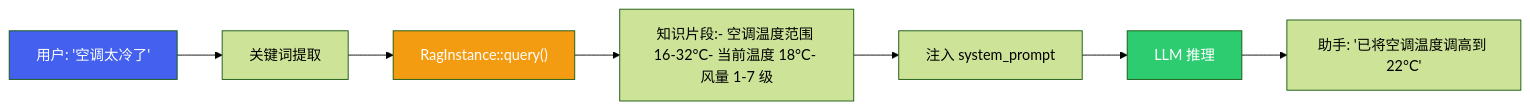
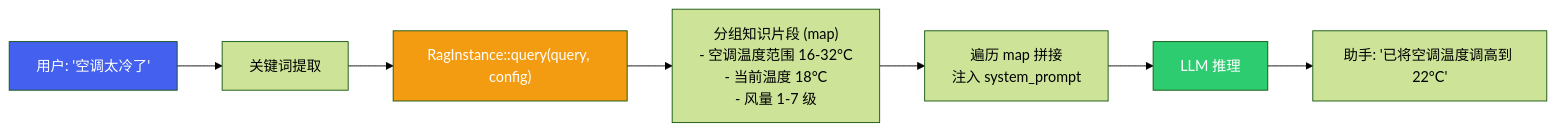
Before and after one commit to ranpin/edge-ai-docs: the sixth of 6 diagrams in cockpit/projects/agent-framework/agent-core.md, drawn with Mermaid (forest theme). The commit also changed other lines of this file and 12 other files, not shown here.

````diff
--- a/cockpit/projects/agent-framework/agent-core.md
+++ b/cockpit/projects/agent-framework/agent-core.md
@@ -542,13 +832,13 @@
 ```mermaid
 flowchart LR
     U["用户: '空调太冷了'"] --> K["关键词提取"]
-    K --> R["RagInstance::query()"]
-    R --> D["知识片段:- 空调温度范围 16-32°C- 当前温度 18°C- 风量 1-7 级"]
-    D --> P["注入 system_prompt"]
+    K --> R["RagInstance::query(query, config)"]
+    R --> D["分组知识片段 (map)<br/>- 空调温度范围 16-32°C<br/>- 当前温度 18°C<br/>- 风量 1-7 级"]
+    D --> P["遍历 map 拼接<br/>注入 system_prompt"]
     P --> L["LLM 推理"]
     L --> A["助手: '已将空调温度调高到 22°C'"]
 
     style U fill:#4361ee,color:#fff
     style R fill:#f39c12,color:#fff
     style L fill:#2ecc71,color:#fff
 ```
````
